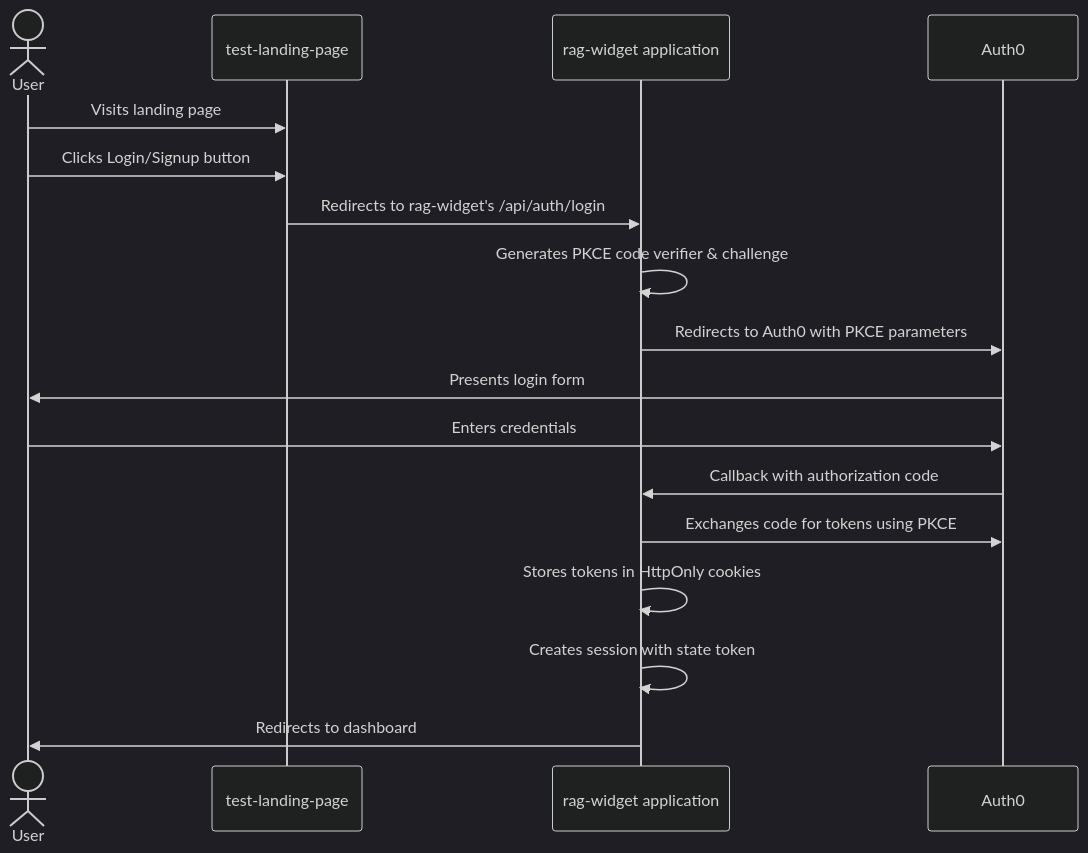
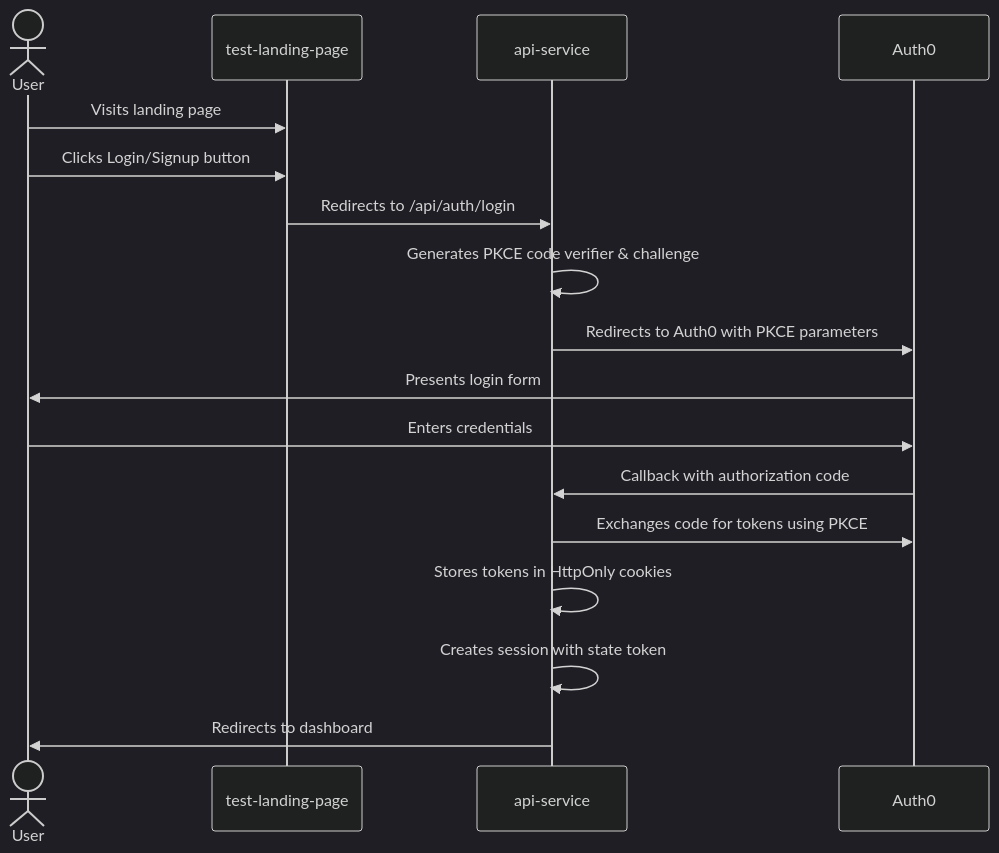
Before and after one commit to randallgann/rag-widget: the diagram in LoginFlow.md, drawn with Mermaid (dark theme). The commit also changed other lines of this file and 26 other files, not shown here.

````diff
--- a/LoginFlow.md
+++ b/LoginFlow.md
@@ -13,20 +13,20 @@
 ```mermaid
 sequenceDiagram
     actor User
     participant Landing as test-landing-page
-    participant RAG as rag-widget application
+    participant API as api-service
     participant Auth0
     
     User->>Landing: Visits landing page
     User->>Landing: Clicks Login/Signup button
-    Landing->>RAG: Redirects to rag-widget's /api/auth/login
-    RAG->>RAG: Generates PKCE code verifier & challenge
-    RAG->>Auth0: Redirects to Auth0 with PKCE parameters
+    Landing->>API: Redirects to /api/auth/login
+    API->>API: Generates PKCE code verifier & challenge
+    API->>Auth0: Redirects to Auth0 with PKCE parameters
     Auth0->>User: Presents login form
     User->>Auth0: Enters credentials
-    Auth0->>RAG: Callback with authorization code
-    RAG->>Auth0: Exchanges code for tokens using PKCE
-    RAG->>RAG: Stores tokens in HttpOnly cookies
-    RAG->>RAG: Creates session with state token
-    RAG->>User: Redirects to dashboard
+    Auth0->>API: Callback with authorization code
+    API->>Auth0: Exchanges code for tokens using PKCE
+    API->>API: Stores tokens in HttpOnly cookies
+    API->>API: Creates session with state token
+    API->>User: Redirects to dashboard
 ```
````
